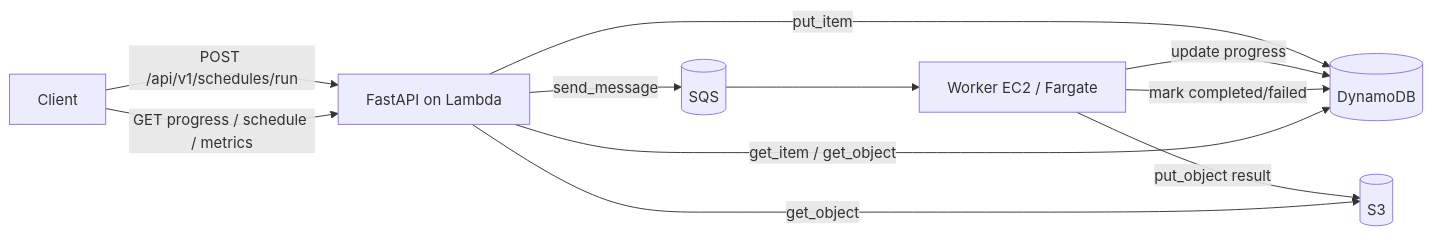
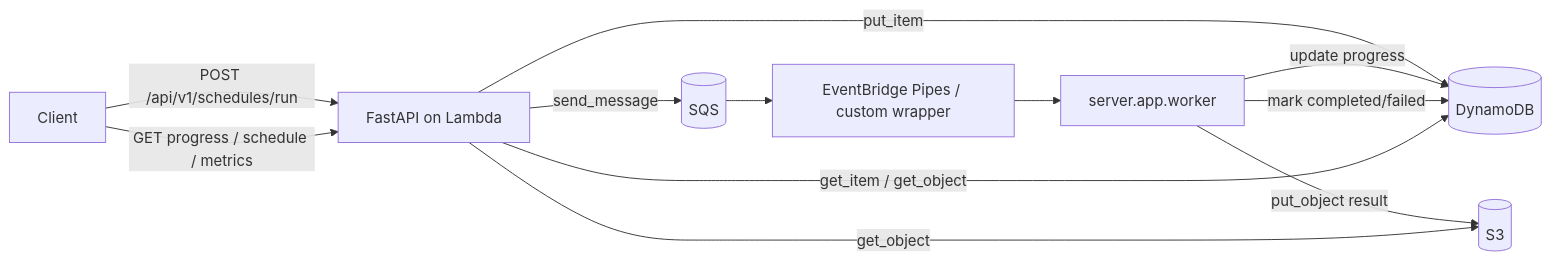
One commit to quagntam09/SLS_AWS changed the diagram in ARCHITECTURE.md. Above: the diagram before and after it, drawn with Mermaid. The commit also changed other lines of this file and 16 other files, not shown here.

````diff
--- a/ARCHITECTURE.md
+++ b/ARCHITECTURE.md
@@ -15,13 +15,14 @@
 ```mermaid
 flowchart LR
     Client[Client] -->|POST /api/v1/schedules/run| API[FastAPI on Lambda]
     API -->|put_item| DDB[(DynamoDB)]
     API -->|send_message| SQS[(SQS)]
-    SQS --> Worker[Worker EC2 / Fargate]
+    SQS --> Orchestrator[EventBridge Pipes / custom wrapper]
+    Orchestrator --> Worker[server.app.worker]
     Worker -->|update progress| DDB
     Worker -->|put_object result| S3[(S3)]
     Worker -->|mark completed/failed| DDB
     Client -->|GET progress / schedule / metrics| API
     API -->|get_item / get_object| DDB
     API -->|get_object| S3
 ```
````
